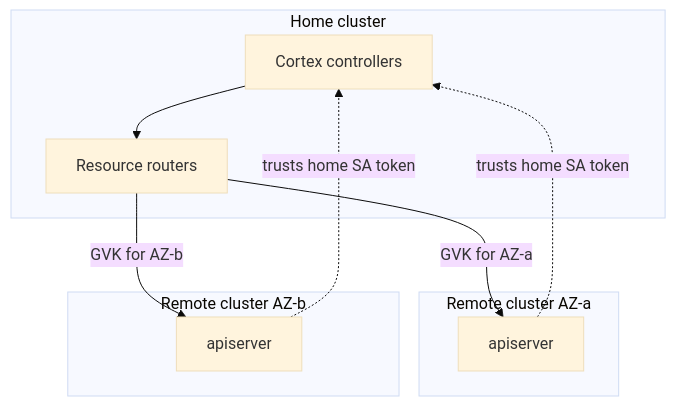
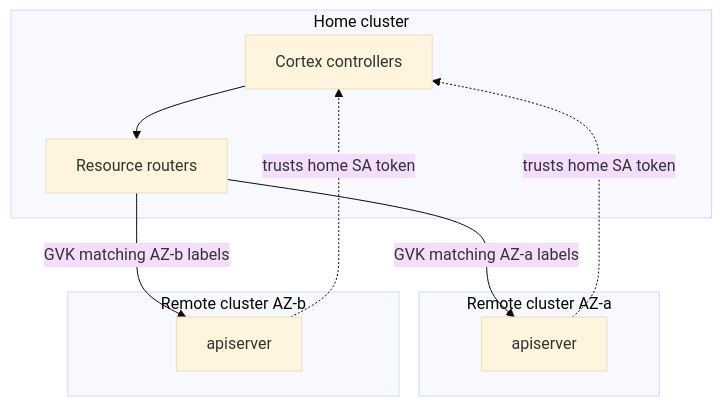
One commit to cobaltcore-dev/cortex changed the first of 2 diagrams in docs/concepts/multicluster.md. Above: the diagram before and after it, drawn with Mermaid (base theme). The commit also changed other lines of this file and 29 other files, not shown here.

````diff
--- a/docs/concepts/multicluster.md
+++ b/docs/concepts/multicluster.md
@@ -25,18 +35,18 @@
 ```mermaid
 flowchart TB
     subgraph home[Home cluster]
         CTRL[Cortex controllers]
         RR[Resource routers]
     end
     subgraph r1[Remote cluster AZ-a]
         A1[apiserver]
     end
     subgraph r2[Remote cluster AZ-b]
         A2[apiserver]
     end
     CTRL --> RR
-    RR -->|GVK for AZ-a| A1
-    RR -->|GVK for AZ-b| A2
+    RR -->|GVK matching AZ-a labels| A1
+    RR -->|GVK matching AZ-b labels| A2
     A1 -.->|trusts home SA token| CTRL
     A2 -.->|trusts home SA token| CTRL
 ```
````
